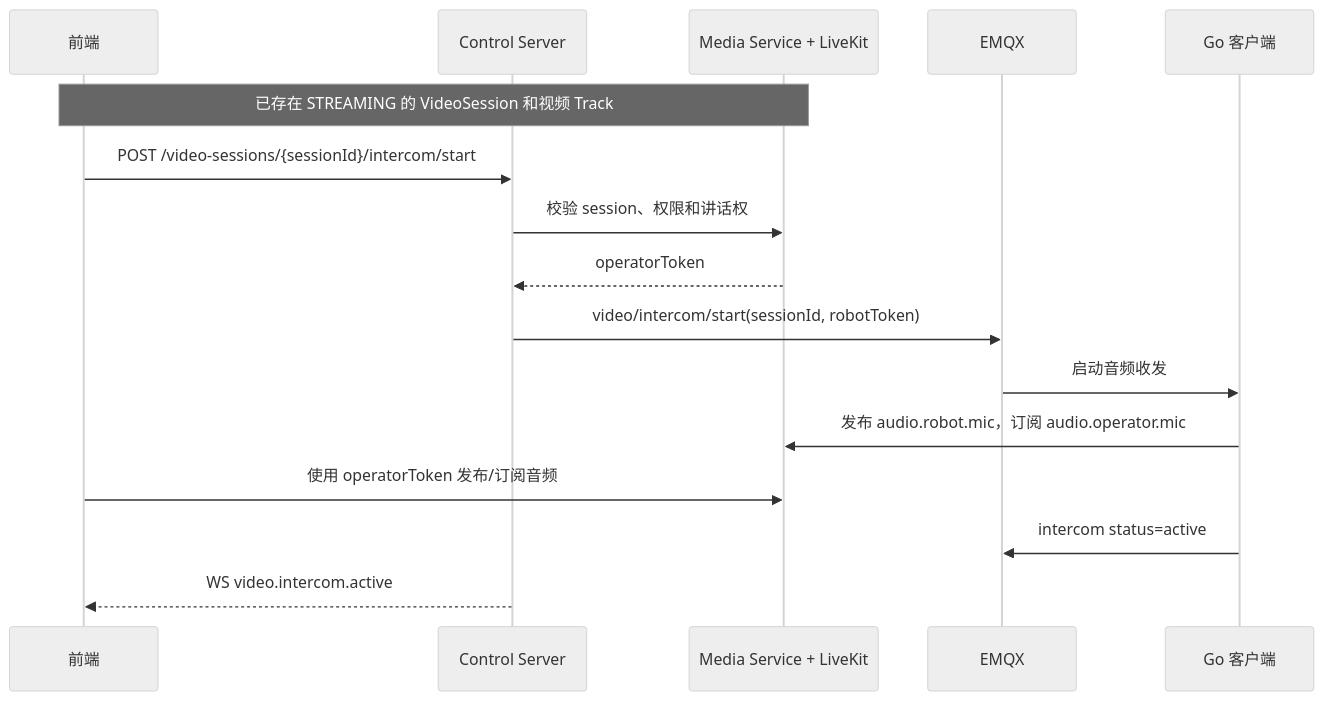
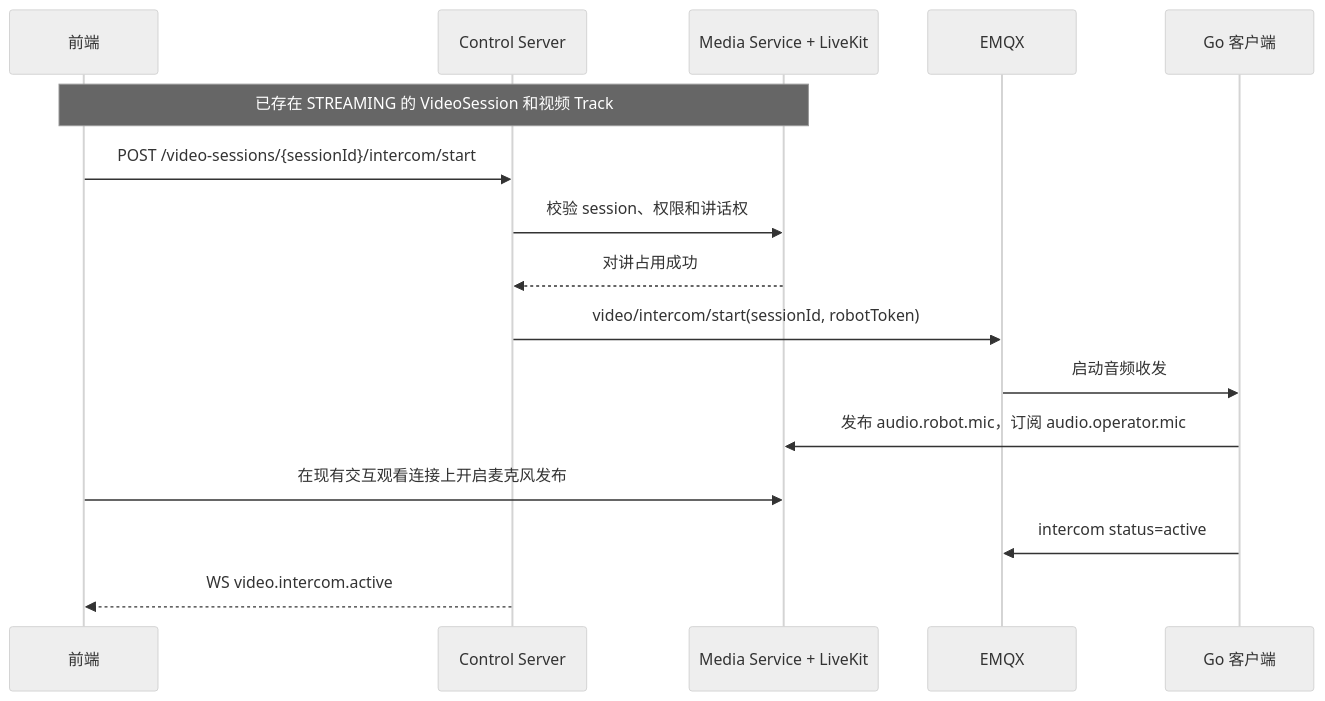
Before and after one commit to waleelay/robot: the first of 2 diagrams in docs/realtime-video-bound-intercom-design.md, drawn with Mermaid (neutral theme). The commit also changed other lines of this file and 12 other files, not shown here.

````diff
--- a/docs/realtime-video-bound-intercom-design.md
+++ b/docs/realtime-video-bound-intercom-design.md
@@ -118,19 +118,19 @@
 ```mermaid
 sequenceDiagram
     participant FE as 前端
     participant CS as Control Server
     participant ML as Media Service + LiveKit
     participant MQ as EMQX
     participant GO as Go 客户端
 
     Note over FE,ML: 已存在 STREAMING 的 VideoSession 和视频 Track
     FE->>CS: POST /video-sessions/{sessionId}/intercom/start
     CS->>ML: 校验 session、权限和讲话权
-    ML-->>CS: operatorToken
+    ML-->>CS: 对讲占用成功
     CS->>MQ: video/intercom/start(sessionId, robotToken)
     MQ->>GO: 启动音频收发
     GO->>ML: 发布 audio.robot.mic，订阅 audio.operator.mic
-    FE->>ML: 使用 operatorToken 发布/订阅音频
+    FE->>ML: 在现有交互观看连接上开启麦克风发布
     GO->>MQ: intercom status=active
     CS-->>FE: WS video.intercom.active
 ```
````
